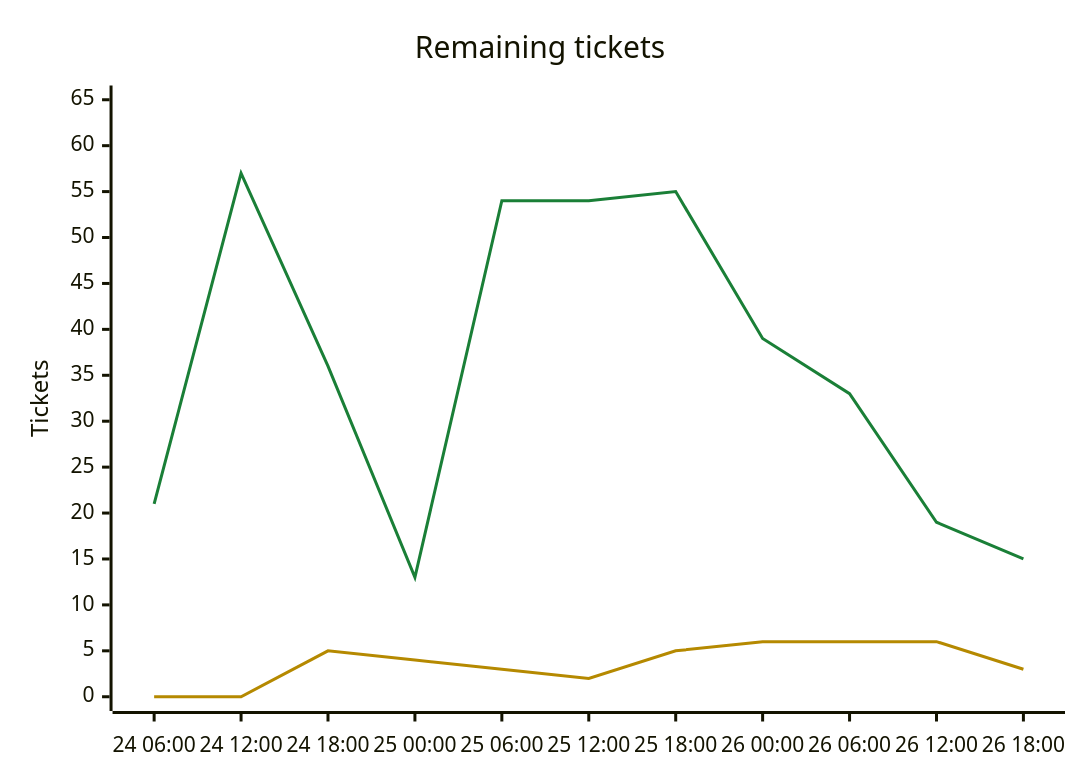
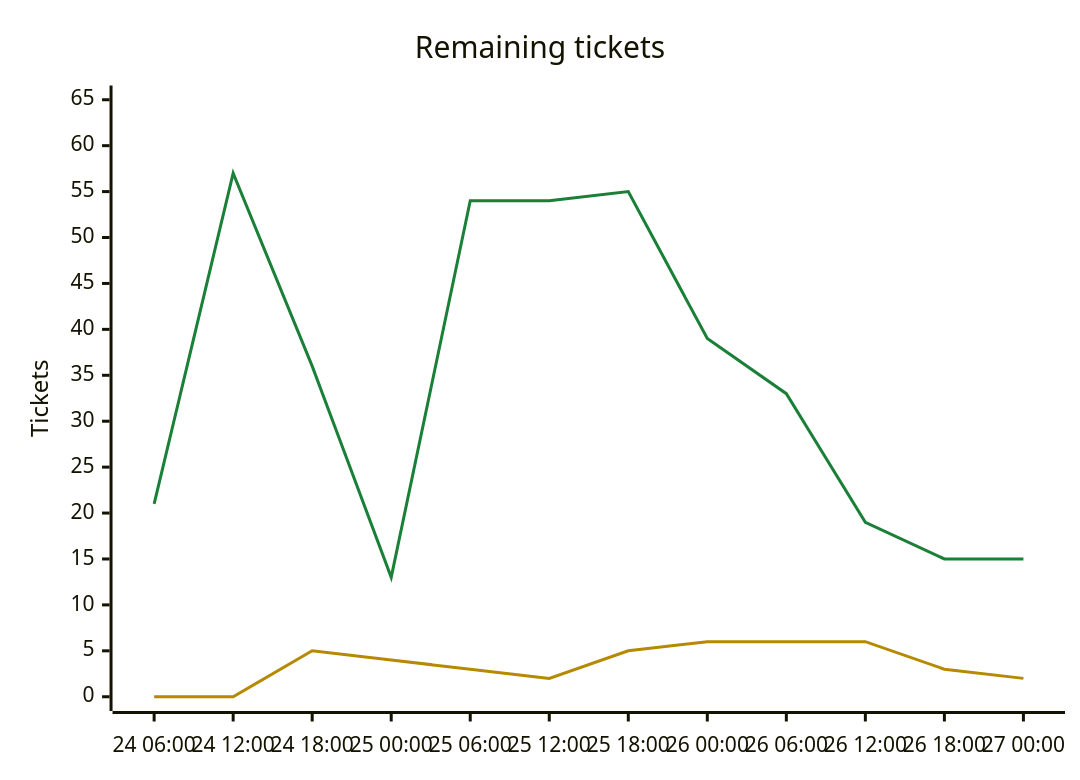
The second of 2 diagrams in csharp/migration/DEPENDENCY_MAP.md (Kenmura/Unciv), drawn with Mermaid before and after one commit. The commit also changed other lines of this file and 1 other file, not shown here.

````diff
--- a/csharp/migration/DEPENDENCY_MAP.md
+++ b/csharp/migration/DEPENDENCY_MAP.md
@@ -194,9 +180,9 @@
 ```mermaid
 %%{init: {"themeVariables": {"xyChart": {"plotColorPalette": "#1a7f37, #b58900"}}}}%%
 xychart-beta
     title "Remaining tickets"
-    x-axis ["24 06:00", "24 12:00", "24 18:00", "25 00:00", "25 06:00", "25 12:00", "25 18:00", "26 00:00", "26 06:00", "26 12:00", "26 18:00"]
+    x-axis ["24 06:00", "24 12:00", "24 18:00", "25 00:00", "25 06:00", "25 12:00", "25 18:00", "26 00:00", "26 06:00", "26 12:00", "26 18:00", "27 00:00"]
     y-axis "Tickets" 0 --> 65
-    line [21, 57, 36, 13, 54, 54, 55, 39, 33, 19, 15]
-    line [0, 0, 5, 4, 3, 2, 5, 6, 6, 6, 3]
+    line [21, 57, 36, 13, 54, 54, 55, 39, 33, 19, 15, 15]
+    line [0, 0, 5, 4, 3, 2, 5, 6, 6, 6, 3, 2]
 ```
````
